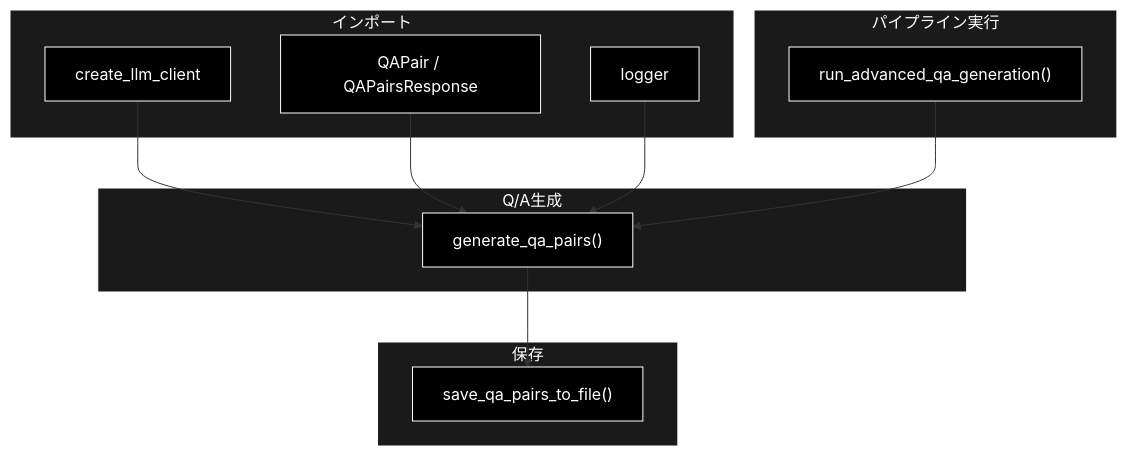
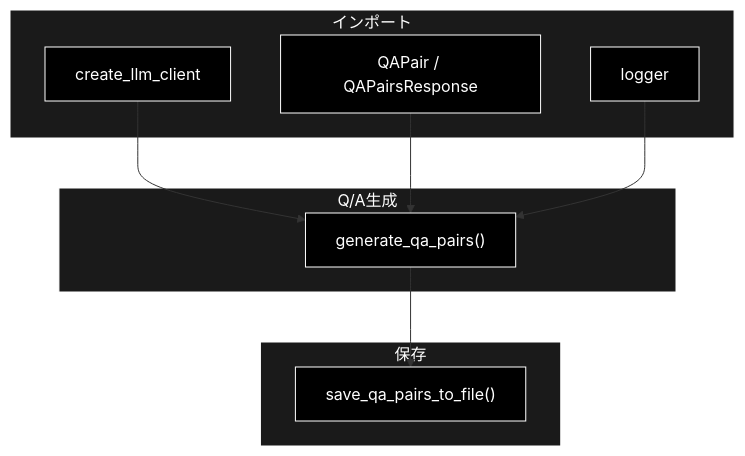
One commit to nakashima2toshio/grace_v2_local changed the second of 3 diagrams in services/docs/qa_service.md. Above: the diagram before and after it, drawn with Mermaid. The commit also changed other lines of this file and 5 other files, not shown here.

First line of the commit message:
refactor(qa_service): 死にコードの run_advanced_qa_generation を削除する

````diff
--- a/services/docs/qa_service.md
+++ b/services/docs/qa_service.md
@@ -109,33 +107,27 @@
 ```mermaid
 flowchart TB
     subgraph IMPORTS["インポート"]
         LLM["create_llm_client"]
         QAMODELS["QAPair / QAPairsResponse"]
         LOGGER["logger"]
-    end
-
-    subgraph PIPELINE["パイプライン実行"]
-        RUN["run_advanced_qa_generation()"]
     end
 
     subgraph GENERATION["Q/A生成"]
         GEN["generate_qa_pairs()"]
     end
 
     subgraph PERSIST["保存"]
         SAVE["save_qa_pairs_to_file()"]
     end
 
     LLM --> GEN
     QAMODELS --> GEN
     LOGGER --> GEN
-    RUN --> GEN
     GEN --> SAVE
 classDef default fill:#000,stroke:#fff,color:#fff
 classDef subgraphStyle fill:#1a1a1a,stroke:#fff,color:#fff
-class LLM,QAMODELS,LOGGER,RUN,GEN,SAVE default
+class LLM,QAMODELS,LOGGER,GEN,SAVE default
 style IMPORTS fill:#1a1a1a,stroke:#fff,color:#fff
-style PIPELINE fill:#1a1a1a,stroke:#fff,color:#fff
 style GENERATION fill:#1a1a1a,stroke:#fff,color:#fff
 style PERSIST fill:#1a1a1a,stroke:#fff,color:#fff
 ```
````
